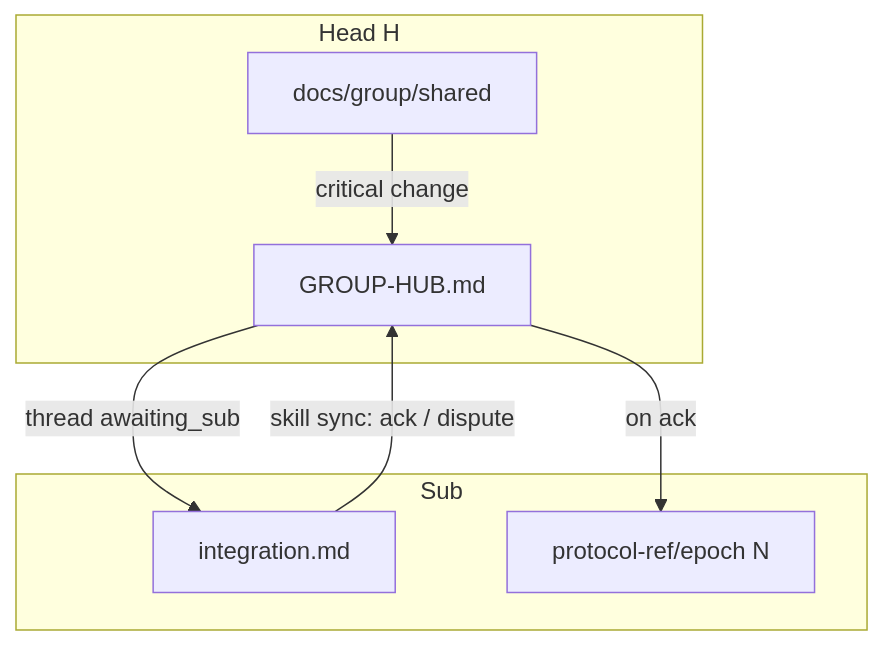
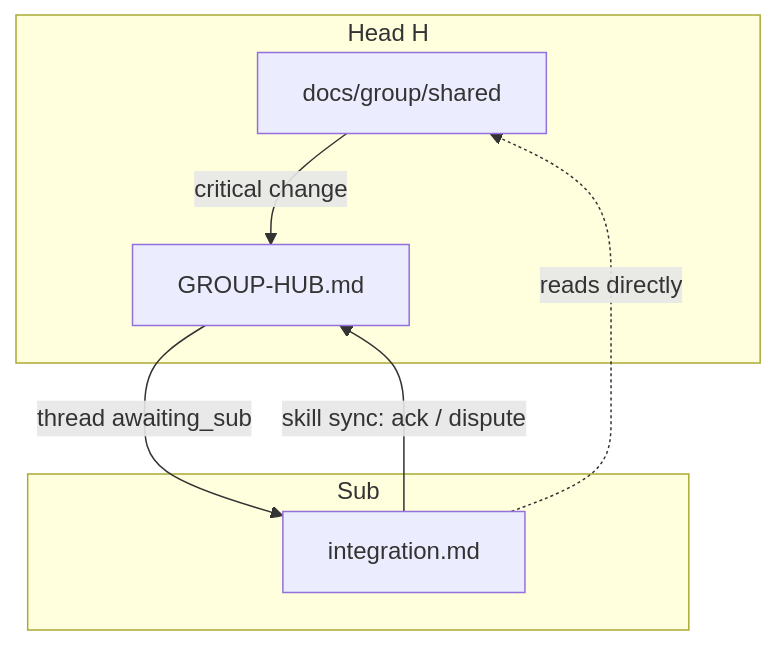
Before and after one commit to ai6i4yvu6147-coder/1c-help-mcp-server: the diagram in docs/canons/documentation.md, drawn with Mermaid. The commit also changed other lines of this file and 30 other files, not shown here.

First line of the commit message:
Re-normalize to WI canon 2.6.0: drop protocol-ref snapshots and read Head shared canon directly.

````diff
--- a/docs/canons/documentation.md
+++ b/docs/canons/documentation.md
@@ -48,17 +48,16 @@
 ```mermaid
 flowchart TB
  subgraph head [Head H]
  Shared[docs/group/shared]
  Hub[GROUP-HUB.md]
  end
 
  subgraph sub [Sub]
  Integ[integration.md]
- Ref[protocol-ref/epoch N]
  end
 
  Shared -->|critical change| Hub
  Hub -->|thread awaiting_sub| Integ
  Integ -->|skill sync: ack / dispute| Hub
- Hub -->|on ack| Ref
+ Integ -.->|reads directly| Shared
 ```
````
